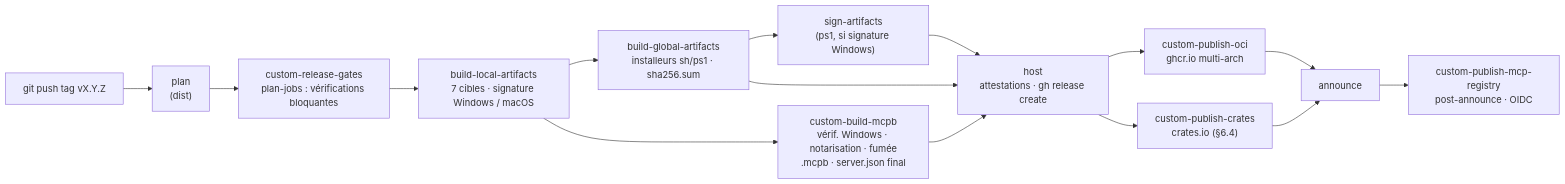
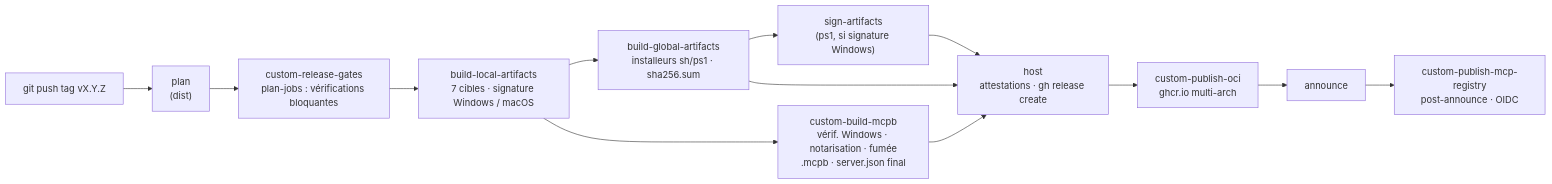
Before and after one commit to muchiny/mcp-legifrance: the diagram in docs/plan/08-distribution.md, drawn with Mermaid. The commit also changed other lines of this file and 29 other files, not shown here.

````diff
--- a/docs/plan/08-distribution.md
+++ b/docs/plan/08-distribution.md
@@ -841,17 +858,15 @@
 ```mermaid
 flowchart LR
   T["git push tag vX.Y.Z"] --> P["plan<br/>(dist)"]
   P --> G["custom-release-gates<br/>plan-jobs : vérifications bloquantes"]
   G --> BL["build-local-artifacts<br/>7 cibles · signature Windows / macOS"]
   BL --> BG["build-global-artifacts<br/>installeurs sh/ps1 · sha256.sum"]
   BL --> M["custom-build-mcpb<br/>vérif. Windows · notarisation · fumée<br/>.mcpb · server.json final"]
   BG --> S["sign-artifacts<br/>(ps1, si signature Windows)"]
   BG --> H["host<br/>attestations · gh release create"]
   M --> H
   S --> H
   H --> O["custom-publish-oci<br/>ghcr.io multi-arch"]
-  H --> C["custom-publish-crates<br/>crates.io (§6.4)"]
   O --> A["announce"]
-  C --> A
   A --> R["custom-publish-mcp-registry<br/>post-announce · OIDC"]
 ```
````
